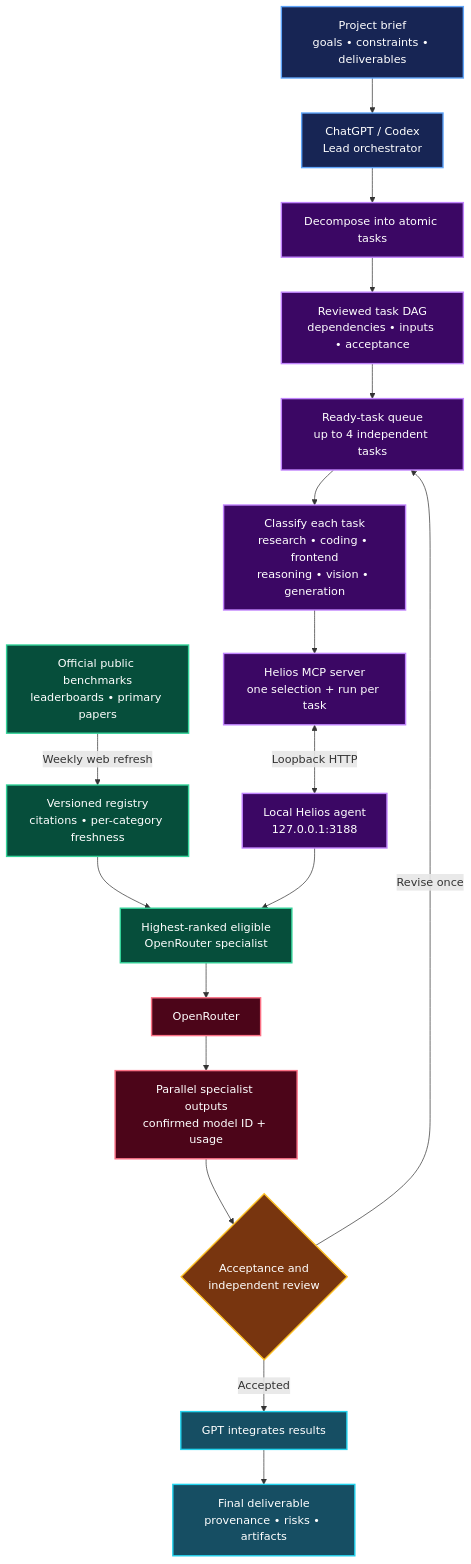
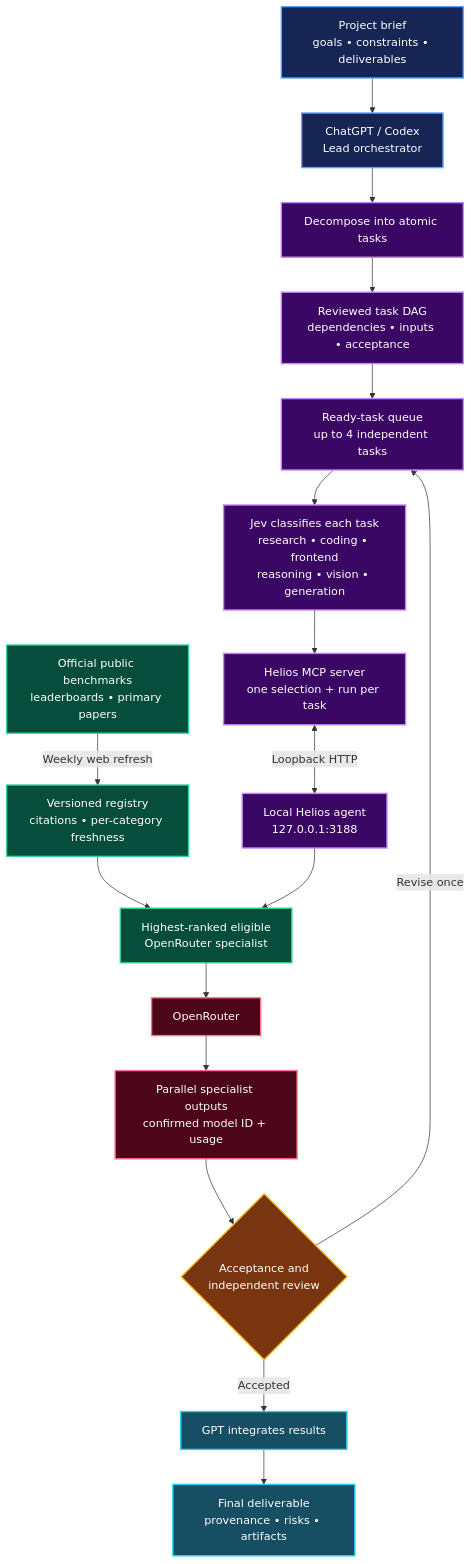
Before and after one commit to Erfouni/helios-llm-orchestrator: the diagram in README.md, drawn with Mermaid. The commit also changed other lines of this file and 10 other files, not shown here.

````diff
--- a/README.md
+++ b/README.md
@@ -25,36 +25,36 @@
 ```mermaid
 flowchart TB
     U["Project brief<br/>goals • constraints • deliverables"] --> O["ChatGPT / Codex<br/>Lead orchestrator"]
     O --> P["Decompose into atomic tasks"]
     P --> D["Reviewed task DAG<br/>dependencies • inputs • acceptance"]
     D --> Q["Ready-task queue<br/>up to 4 independent tasks"]
 
-    Q --> C["Classify each task<br/>research • coding • frontend<br/>reasoning • vision • generation"]
+    Q --> C["Jev classifies each task<br/>research • coding • frontend<br/>reasoning • vision • generation"]
     C --> M["Helios MCP server<br/>one selection + run per task"]
     M <-->|"Loopback HTTP"| A["Local Helios agent<br/>127.0.0.1:3188"]
 
     W["Official public benchmarks<br/>leaderboards • primary papers"] -->|"Weekly web refresh"| B["Versioned registry<br/>citations • per-category freshness"]
     B --> R["Highest-ranked eligible<br/>OpenRouter specialist"]
     A --> R
 
     R --> G["OpenRouter"]
     G --> E["Parallel specialist outputs<br/>confirmed model ID + usage"]
     E --> V{"Acceptance and<br/>independent review"}
     V -->|"Revise once"| Q
     V -->|"Accepted"| I["GPT integrates results"]
     I --> F["Final deliverable<br/>provenance • risks • artifacts"]
 
     classDef client fill:#172554,stroke:#60a5fa,color:#ffffff,stroke-width:2px;
     classDef planning fill:#3b0764,stroke:#c084fc,color:#ffffff,stroke-width:2px;
     classDef evidence fill:#064e3b,stroke:#34d399,color:#ffffff,stroke-width:2px;
     classDef execution fill:#4c0519,stroke:#fb7185,color:#ffffff,stroke-width:2px;
     classDef review fill:#78350f,stroke:#fbbf24,color:#ffffff,stroke-width:2px;
     classDef result fill:#164e63,stroke:#22d3ee,color:#ffffff,stroke-width:2px;
 
     class U,O client;
     class P,D,Q,C,M,A planning;
     class W,B,R evidence;
     class G,E execution;
     class V review;
     class I,F result;
 ```
````
